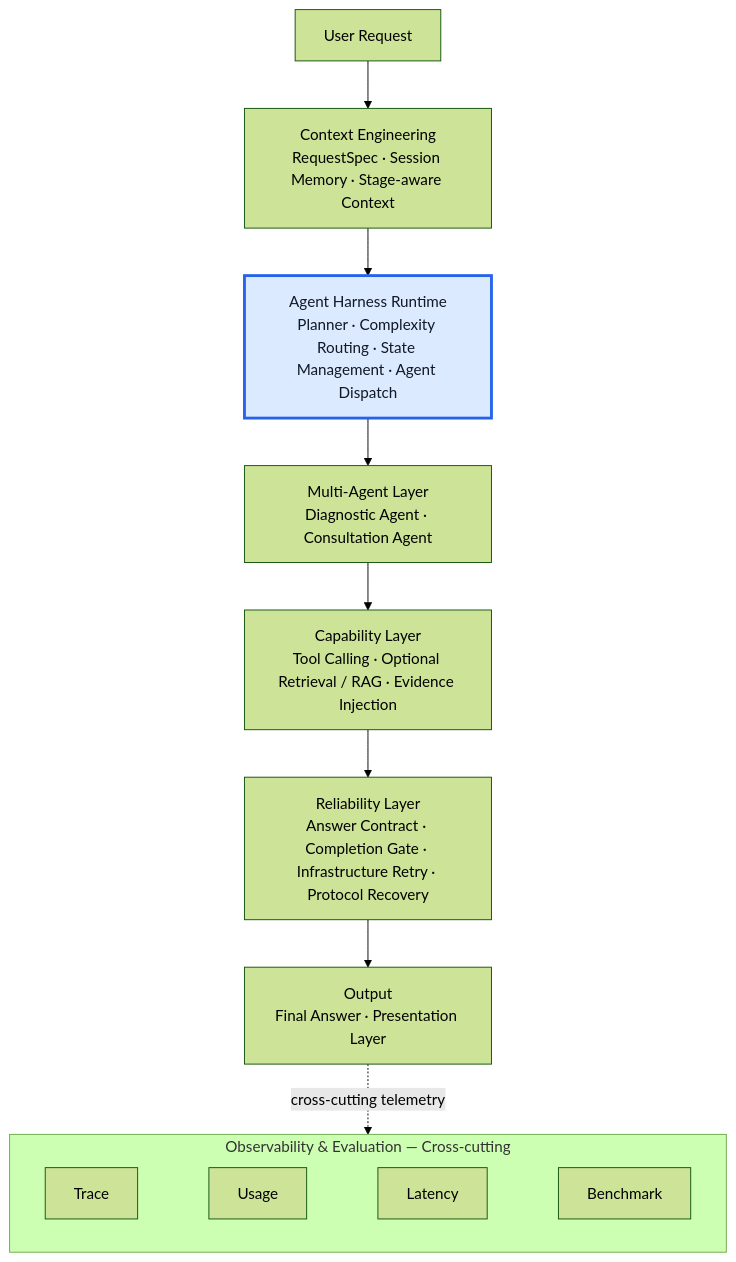
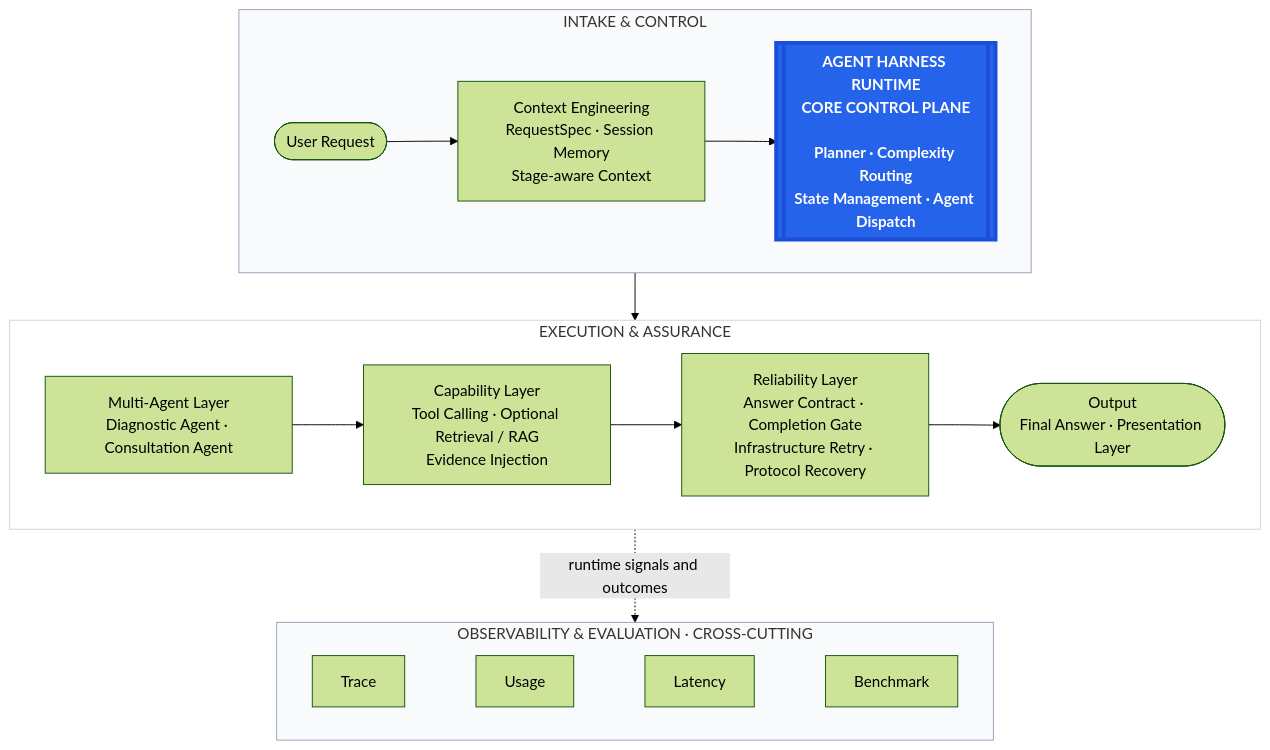
One commit to young-svg/medagent-harness changed the diagram in docs/ARCHITECTURE.md. Above: the diagram before and after it, drawn with Mermaid (forest theme). The commit also changed 1 other file, not shown here.

Commit message:
Improve architecture diagram layout

````diff
--- a/docs/ARCHITECTURE.md
+++ b/docs/ARCHITECTURE.md
@@ -9,21 +9,36 @@
 ```mermaid
 flowchart TB
-    REQUEST["User Request"]
-    CONTEXT["Context Engineering<br/>RequestSpec · Session Memory · Stage-aware Context"]
-    HARNESS["Agent Harness Runtime<br/>Planner · Complexity Routing · State Management · Agent Dispatch"]
-    AGENTS["Multi-Agent Layer<br/>Diagnostic Agent · Consultation Agent"]
-    CAPABILITIES["Capability Layer<br/>Tool Calling · Optional Retrieval / RAG · Evidence Injection"]
-    RELIABILITY["Reliability Layer<br/>Answer Contract · Completion Gate · Infrastructure Retry · Protocol Recovery"]
-    OUTPUT["Output<br/>Final Answer · Presentation Layer"]
-    REQUEST --> CONTEXT --> HARNESS --> AGENTS --> CAPABILITIES --> RELIABILITY --> OUTPUT
+    subgraph CONTROL["INTAKE & CONTROL"]
+        direction LR
+        REQUEST(["User Request"])
+        CONTEXT["Context Engineering<br/>RequestSpec · Session Memory<br/>Stage-aware Context"]
+        HARNESS[["AGENT HARNESS RUNTIME<br/>CORE CONTROL PLANE<br/><br/>Planner · Complexity Routing<br/>State Management · Agent Dispatch"]]
 
-    subgraph OBS["Observability & Evaluation — Cross-cutting"]
+        REQUEST --> CONTEXT --> HARNESS
+    end
+
+    subgraph EXECUTION["EXECUTION & ASSURANCE"]
+        direction LR
+        AGENTS["Multi-Agent Layer<br/>Diagnostic Agent · Consultation Agent"]
+        CAPABILITIES["Capability Layer<br/>Tool Calling · Optional Retrieval / RAG<br/>Evidence Injection"]
+        RELIABILITY["Reliability Layer<br/>Answer Contract · Completion Gate<br/>Infrastructure Retry · Protocol Recovery"]
+        OUTPUT(["Output<br/>Final Answer · Presentation Layer"])
+
+        AGENTS --> CAPABILITIES --> RELIABILITY --> OUTPUT
+    end
+
+    CONTROL --> EXECUTION
+
+    subgraph OBS["OBSERVABILITY & EVALUATION · CROSS-CUTTING"]
         direction LR
         TRACE["Trace"] ~~~ USAGE["Usage"] ~~~ LATENCY["Latency"] ~~~ BENCHMARK["Benchmark"]
     end
 
-    OUTPUT -.->|cross-cutting telemetry| OBS
+    EXECUTION -.->|runtime signals and outcomes| OBS
 
-    classDef core fill:#dbeafe,stroke:#2563eb,stroke-width:3px,color:#111827
+    classDef core fill:#2563eb,stroke:#1d4ed8,stroke-width:4px,color:#ffffff,font-weight:700
     class HARNESS core
+    style CONTROL fill:#f8fafc,stroke:#94a3b8,stroke-width:1px
+    style EXECUTION fill:#ffffff,stroke:#cbd5e1,stroke-width:1px
+    style OBS fill:#f8fafc,stroke:#94a3b8,stroke-width:1px
 ```
````
